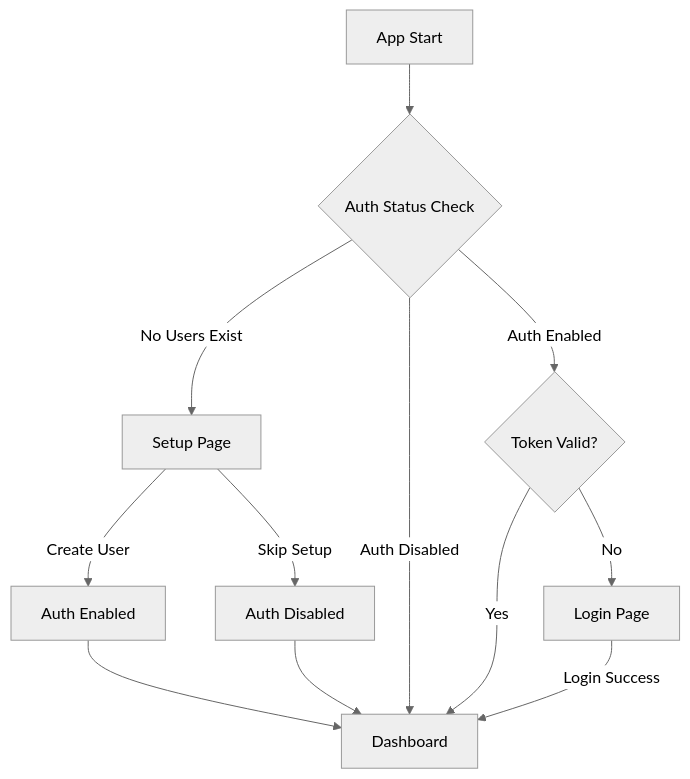
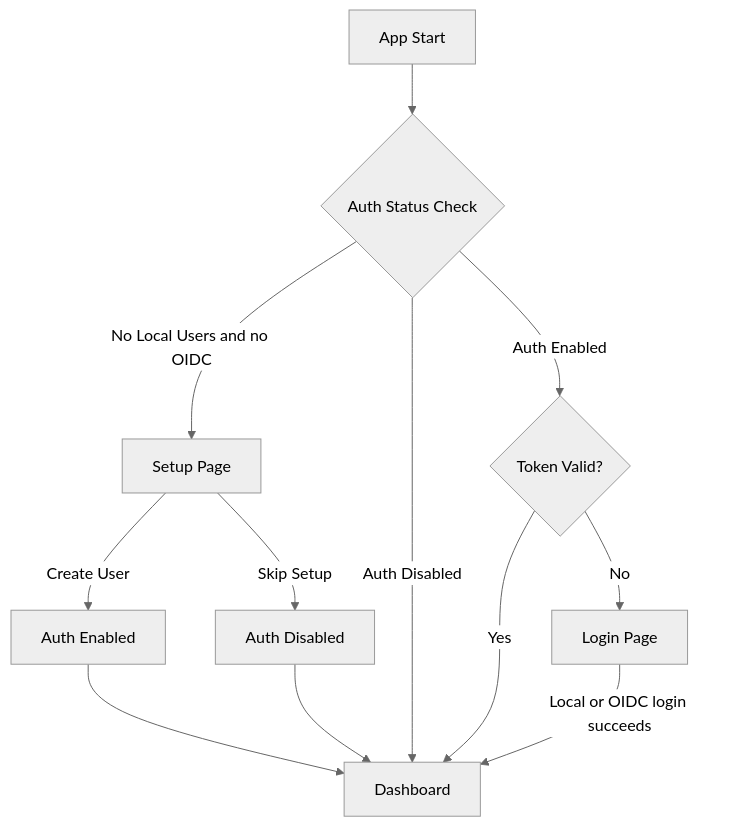
One commit to I-am-PUID-0/DUMB_docs changed the diagram in docs/features/authentication.md. Above: the diagram before and after it, drawn with Mermaid (neutral theme). The commit also changed other lines of this file and 12 other files, not shown here.

````diff
--- a/docs/features/authentication.md
+++ b/docs/features/authentication.md
@@ -30,14 +51,14 @@
 ```mermaid
 flowchart TD
     A[App Start] --> B{Auth Status Check}
-    B -->|No Users Exist| C[Setup Page]
+    B -->|No Local Users and no OIDC| C[Setup Page]
     B -->|Auth Disabled| D[Dashboard]
     B -->|Auth Enabled| E{Token Valid?}
     E -->|Yes| D
     E -->|No| F[Login Page]
     C -->|Create User| G[Auth Enabled]
     C -->|Skip Setup| H[Auth Disabled]
     G --> D
     H --> D
-    F -->|Login Success| D
+    F -->|Local or OIDC login succeeds| D
 ```
````
